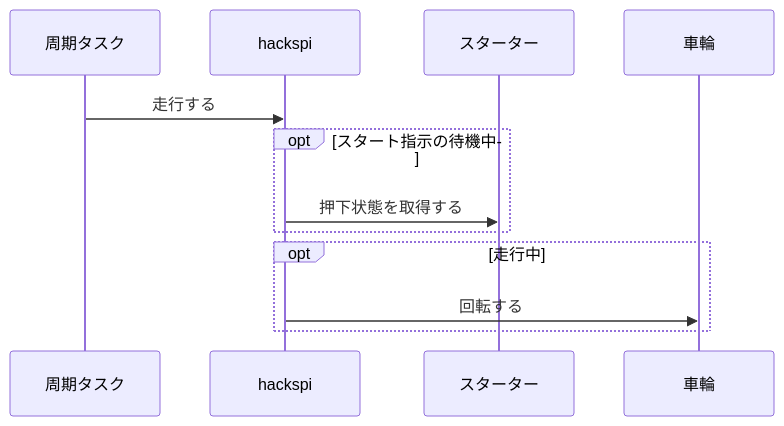
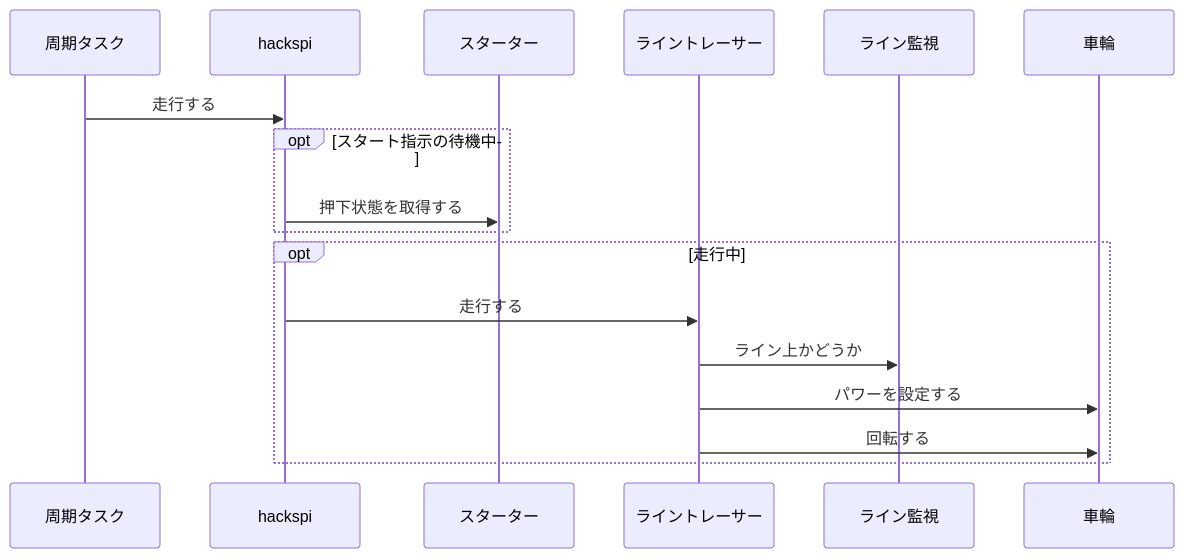
Before and after one commit to jp-ymatsumoto/raspike-app: the second of 3 diagrams in README.md, drawn with Mermaid. The commit also changed other lines of this file, not shown here.

Commit message:
ユースケース図の追加とクラス図・シーケンス図の修正

````diff
--- a/README.md
+++ b/README.md
@@ -45,10 +66,13 @@
 ```mermaid
 sequenceDiagram
   周期タスク->>hackspi: 走行する
   opt スタート指示の待機中
     hackspi->>スターター: 押下状態を取得する
   end
   opt 走行中
-    hackspi->>車輪: 回転する
+    hackspi->>ライントレーサー: 走行する
+    ライントレーサー->>ライン監視: ライン上かどうか
+    ライントレーサー->>車輪: パワーを設定する
+    ライントレーサー->>車輪: 回転する
   end
 ```
````
